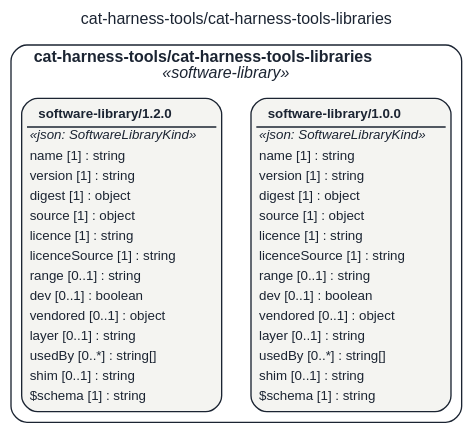
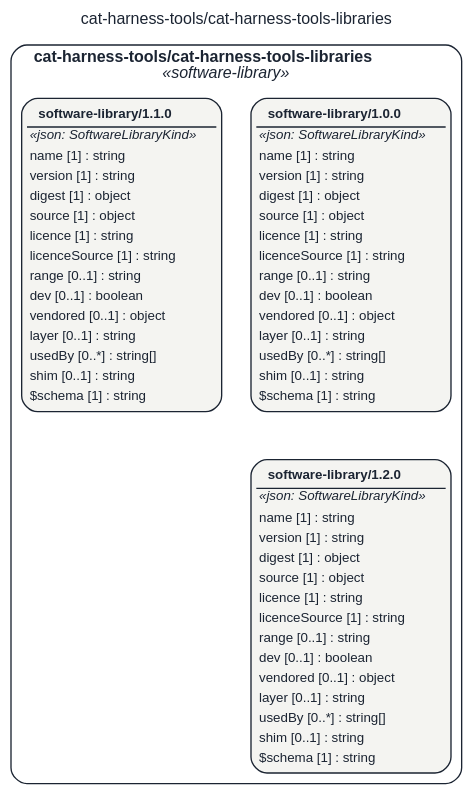
One commit to litlfred/folio-assistant changed the diagram in assets/img/uml/overview/cat-harness-tools/cat-harness-tools-libraries.dot. Above: the diagram before and after it, drawn with Graphviz. The commit also changed 14697 other files, not shown here.

```diff
--- a/assets/img/uml/overview/cat-harness-tools/cat-harness-tools-libraries.dot
+++ b/assets/img/uml/overview/cat-harness-tools/cat-harness-tools-libraries.dot
@@ -1,12 +1,14 @@
 // GENERATED by cat-harness-tools/scripts/gen-uml-overview.ts — do not edit.
 // Rendered page (interactive view, same model): https://litlfred.github.io/folio-assistant/uml/overview/cat-harness-tools/cat-harness-tools-libraries.html
 digraph "cat_harness_tools_cat_harness_tools_libraries" {
   graph [label="cat-harness-tools/cat-harness-tools-libraries", labelloc=t, fontname="Helvetica", fontsize=12, fontcolor="#1b2432", newrank=true, ratio=auto, nodesep=0.3, ranksep=0.5, bgcolor="transparent"];
   node [shape=box, style="rounded,filled", margin=0.05, fontname="Helvetica", fontsize=10, color="#1b2432", fontcolor="#1b2432"];
   edge [color="#1b2432", fontcolor="#1b2432", fontname="Helvetica", fontsize=9];
   subgraph "cluster_pkg_cat_harness_tools_cat_harness_tools_libraries" {
     label=<<b>cat-harness-tools/cat-harness-tools-libraries</b><br/><i>«software-library»</i>>; style="rounded"; color="#1b2432"; class="fa_uml_subgraph";
     "cat_harness_tools_cat_harness_tools_libraries_software_library_1_0_0_software_library_1_0_0" [fillcolor="#f4f4f1", class="fa_uml_kind_software_library", label=<<table border="0" cellborder="0" cellspacing="0" cellpadding="2"><tr><td border="1" sides="b"><b>software-library/1.0.0</b></td></tr><tr><td><i>«json: SoftwareLibraryKind»</i></td></tr><tr><td align="left">name [1] : string</td></tr><tr><td align="left">version [1] : string</td></tr><tr><td align="left">digest [1] : object</td></tr><tr><td align="left">source [1] : object</td></tr><tr><td align="left">licence [1] : string</td></tr><tr><td align="left">licenceSource [1] : string</td></tr><tr><td align="left">range [0..1] : string</td></tr><tr><td align="left">dev [0..1] : boolean</td></tr><tr><td align="left">vendored [0..1] : object</td></tr><tr><td align="left">layer [0..1] : string</td></tr><tr><td align="left">usedBy [0..*] : string[]</td></tr><tr><td align="left">shim [0..1] : string</td></tr><tr><td align="left">$schema [1] : string</td></tr></table>>];
+    "cat_harness_tools_cat_harness_tools_libraries_software_library_1_1_0_software_library_1_1_0" [fillcolor="#f4f4f1", class="fa_uml_kind_software_library", label=<<table border="0" cellborder="0" cellspacing="0" cellpadding="2"><tr><td border="1" sides="b"><b>software-library/1.1.0</b></td></tr><tr><td><i>«json: SoftwareLibraryKind»</i></td></tr><tr><td align="left">name [1] : string</td></tr><tr><td align="left">version [1] : string</td></tr><tr><td align="left">digest [1] : object</td></tr><tr><td align="left">source [1] : object</td></tr><tr><td align="left">licence [1] : string</td></tr><tr><td align="left">licenceSource [1] : string</td></tr><tr><td align="left">range [0..1] : string</td></tr><tr><td align="left">dev [0..1] : boolean</td></tr><tr><td align="left">vendored [0..1] : object</td></tr><tr><td align="left">layer [0..1] : string</td></tr><tr><td align="left">usedBy [0..*] : string[]</td></tr><tr><td align="left">shim [0..1] : string</td></tr><tr><td align="left">$schema [1] : string</td></tr></table>>];
     "cat_harness_tools_cat_harness_tools_libraries_software_library_1_2_0_software_library_1_2_0" [fillcolor="#f4f4f1", class="fa_uml_kind_software_library", label=<<table border="0" cellborder="0" cellspacing="0" cellpadding="2"><tr><td border="1" sides="b"><b>software-library/1.2.0</b></td></tr><tr><td><i>«json: SoftwareLibraryKind»</i></td></tr><tr><td align="left">name [1] : string</td></tr><tr><td align="left">version [1] : string</td></tr><tr><td align="left">digest [1] : object</td></tr><tr><td align="left">source [1] : object</td></tr><tr><td align="left">licence [1] : string</td></tr><tr><td align="left">licenceSource [1] : string</td></tr><tr><td align="left">range [0..1] : string</td></tr><tr><td align="left">dev [0..1] : boolean</td></tr><tr><td align="left">vendored [0..1] : object</td></tr><tr><td align="left">layer [0..1] : string</td></tr><tr><td align="left">usedBy [0..*] : string[]</td></tr><tr><td align="left">shim [0..1] : string</td></tr><tr><td align="left">$schema [1] : string</td></tr></table>>];
   }
+  "cat_harness_tools_cat_harness_tools_libraries_software_library_1_0_0_software_library_1_0_0" -> "cat_harness_tools_cat_harness_tools_libraries_software_library_1_2_0_software_library_1_2_0" [style=invis, class="kg-graph-anchor"];
 }
```
